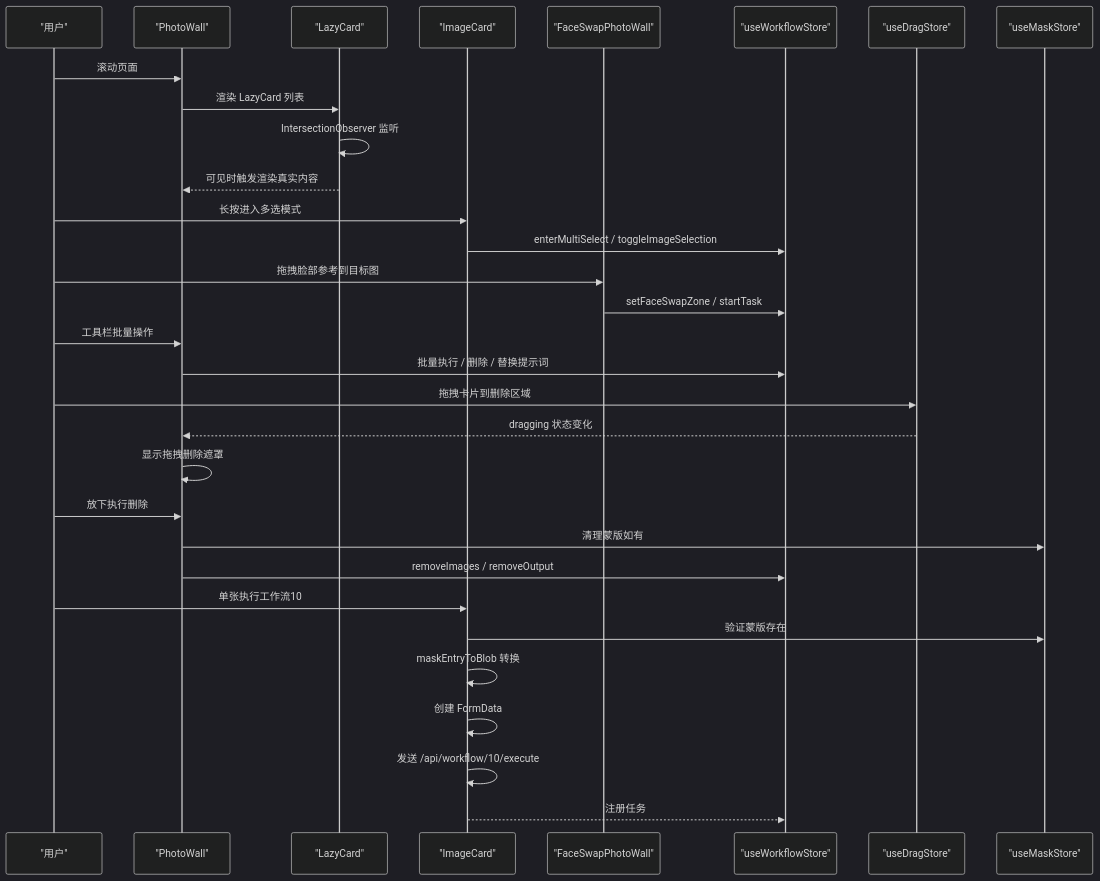
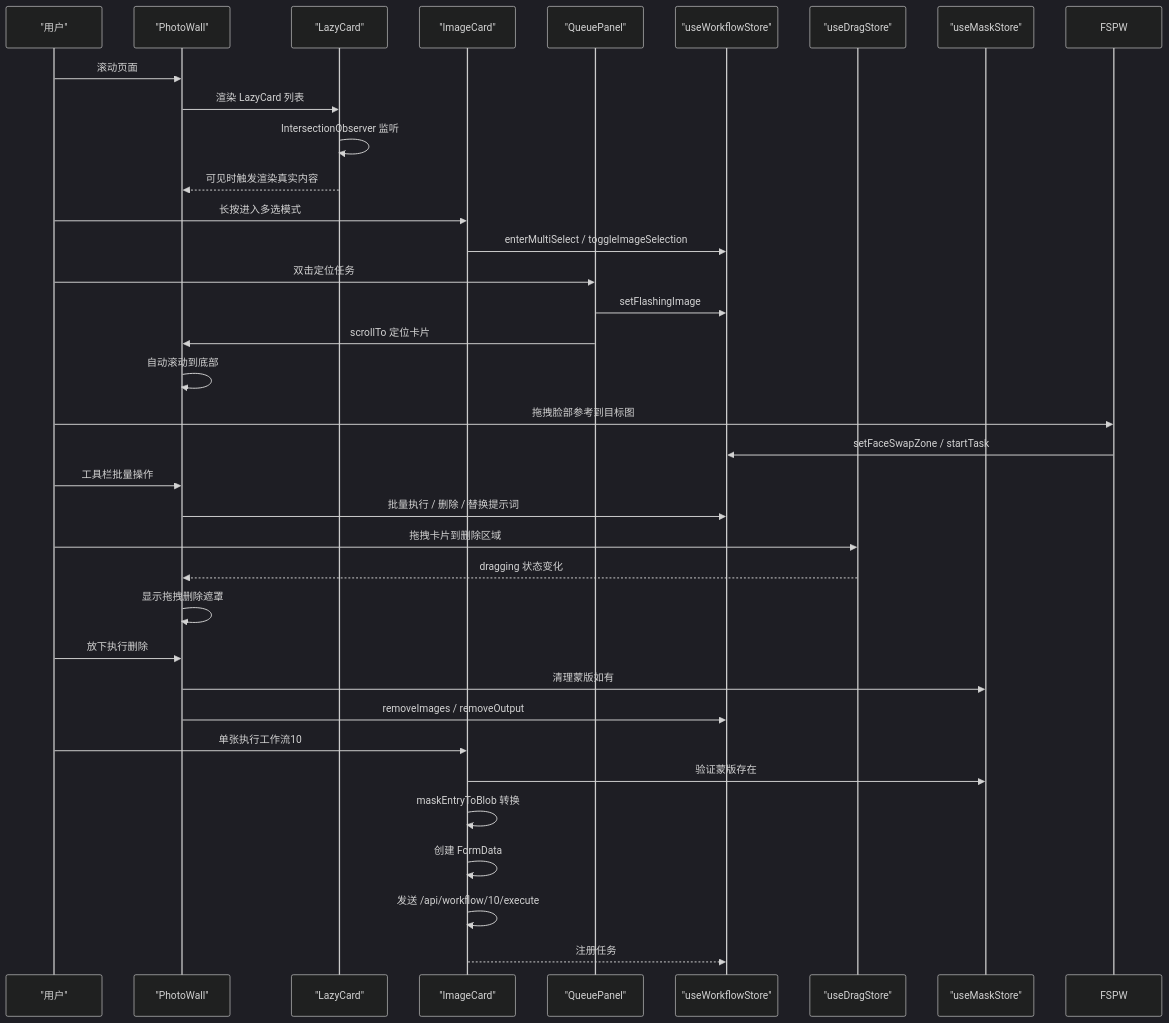
The second of 11 diagrams in .qoder/repowiki/zh/content/用户界面组件/核心界面组件/图片墙组件 (PhotoWall).md (billye220670/CorineKit_Pix2Real), drawn with Mermaid (dark theme) before and after one commit. The commit also changed other lines of this file and 10 other files, not shown here.

Commit message:
feat: LoRA触发词右键上下文菜单与未使用检测 - 新增PromptContextMenu多层级右键菜单组件 - 移除侧边栏LoRA触发词文本显示，改为未使用时黄色警告图标 - 提示词输入框右键弹出菜单，支持插入LoRA触发词和标签分类数据 - Text2ImgSidebar和ZITSidebar同步更新

````diff
--- a/.qoder/repowiki/zh/content/用户界面组件/核心界面组件/图片墙组件 (PhotoWall).md
+++ b/.qoder/repowiki/zh/content/用户界面组件/核心界面组件/图片墙组件 (PhotoWall).md
@@ -126,33 +132,37 @@
 ```mermaid
 sequenceDiagram
 participant U as "用户"
 participant PW as "PhotoWall"
 participant LC as "LazyCard"
 participant IC as "ImageCard"
-participant FSPW as "FaceSwapPhotoWall"
+participant QP as "QueuePanel"
 participant WFS as "useWorkflowStore"
 participant DS as "useDragStore"
 participant MS as "useMaskStore"
 U->>PW : 滚动页面
 PW->>LC : 渲染 LazyCard 列表
 LC->>LC : IntersectionObserver 监听
 LC-->>PW : 可见时触发渲染真实内容
 U->>IC : 长按进入多选模式
 IC->>WFS : enterMultiSelect / toggleImageSelection
+U->>QP : 双击定位任务
+QP->>WFS : setFlashingImage
+QP->>PW : scrollTo 定位卡片
+PW->>PW : 自动滚动到底部
 U->>FSPW : 拖拽脸部参考到目标图
 FSPW->>WFS : setFaceSwapZone / startTask
 U->>PW : 工具栏批量操作
 PW->>WFS : 批量执行 / 删除 / 替换提示词
 U->>DS : 拖拽卡片到删除区域
 DS-->>PW : dragging 状态变化
 PW->>PW : 显示拖拽删除遮罩
 U->>PW : 放下执行删除
 PW->>MS : 清理蒙版如有
 PW->>WFS : removeImages / removeOutput
 U->>IC : 单张执行工作流10
 IC->>MS : 验证蒙版存在
 IC->>IC : maskEntryToBlob 转换
 IC->>IC : 创建 FormData
 IC->>IC : 发送 /api/workflow/10/execute
 IC-->>WFS : 注册任务
 ```
````
